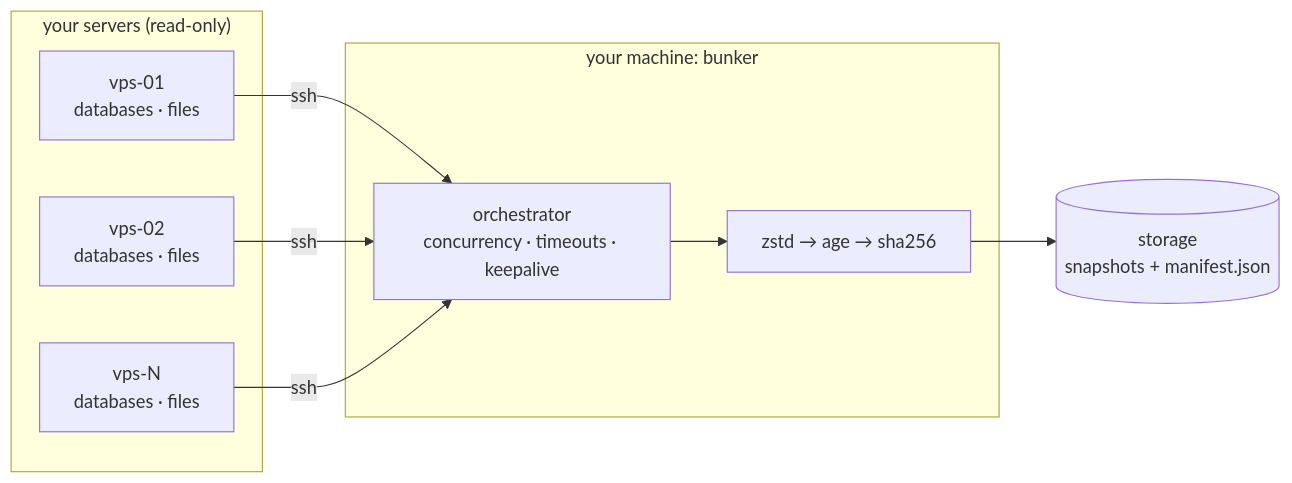
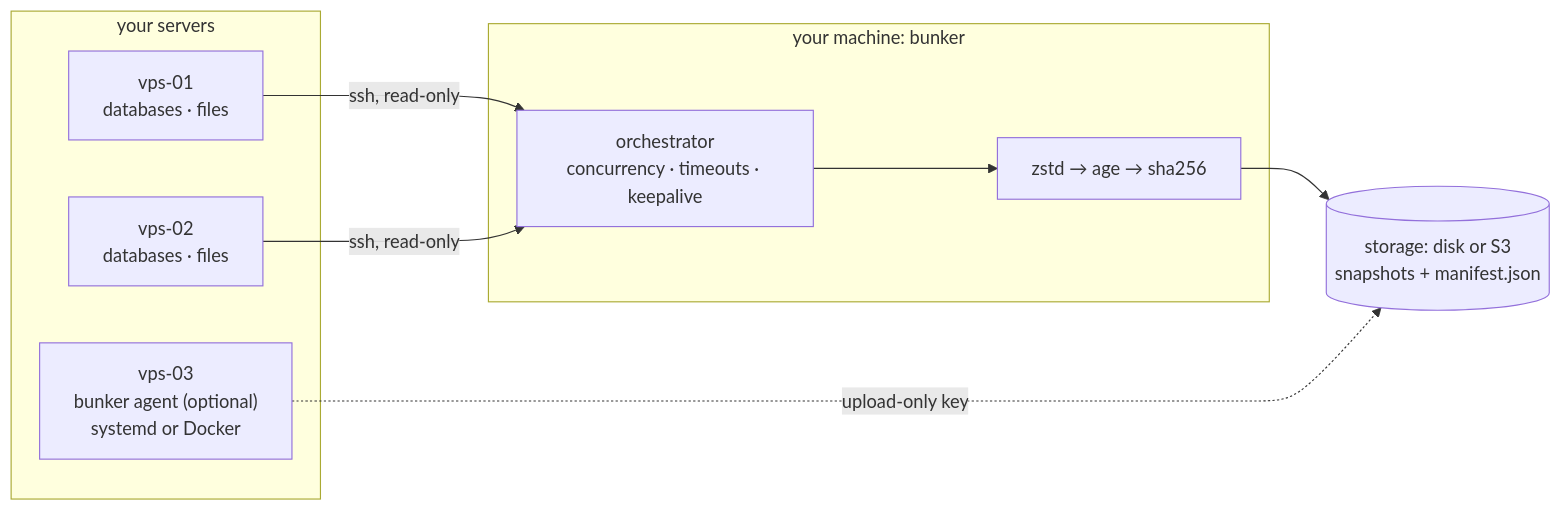
The diagram in README.md (kushal1o1/bunker), drawn with Mermaid before and after one commit. The commit also changed other lines of this file and 3 other files, not shown here.

Commit message:
docs: update mermaid to include agent mode

````diff
--- a/README.md
+++ b/README.md
@@ -26,16 +33,16 @@
 ```mermaid
 flowchart LR
-    subgraph fleet["your servers (read-only)"]
+    subgraph fleet["your servers"]
         V1["vps-01<br/>databases · files"]
         V2["vps-02<br/>databases · files"]
-        V3["vps-N<br/>databases · files"]
+        V3["vps-03<br/>bunker agent (optional)<br/>systemd or Docker"]
     end
     subgraph you["your machine: bunker"]
         O["orchestrator<br/>concurrency · timeouts · keepalive"]
         P["zstd → age → sha256"]
     end
-    V1 -->|ssh| O
-    V2 -->|ssh| O
-    V3 -->|ssh| O
-    O --> P --> S[("storage<br/>snapshots + manifest.json")]
+    V1 -->|ssh, read-only| O
+    V2 -->|ssh, read-only| O
+    O --> P --> S[("storage: disk or S3<br/>snapshots + manifest.json")]
+    V3 -.->|upload-only key| S
 ```
````
